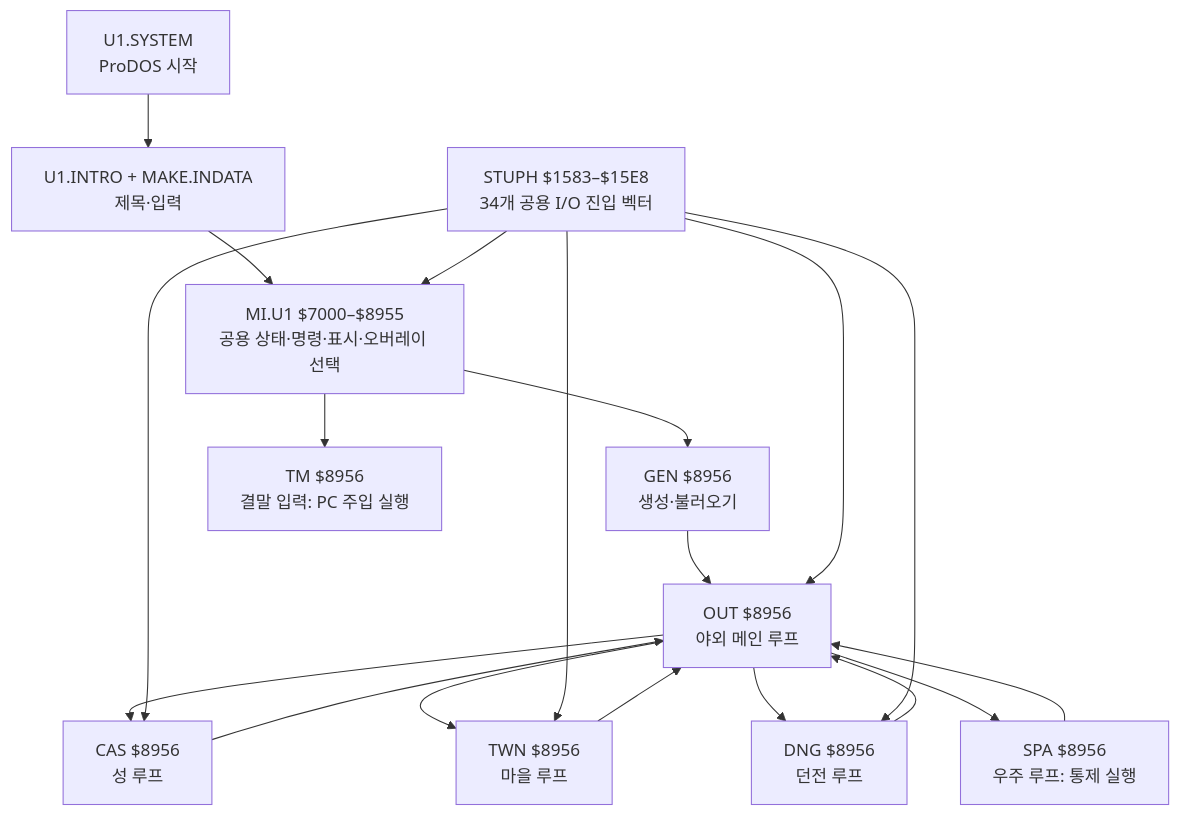
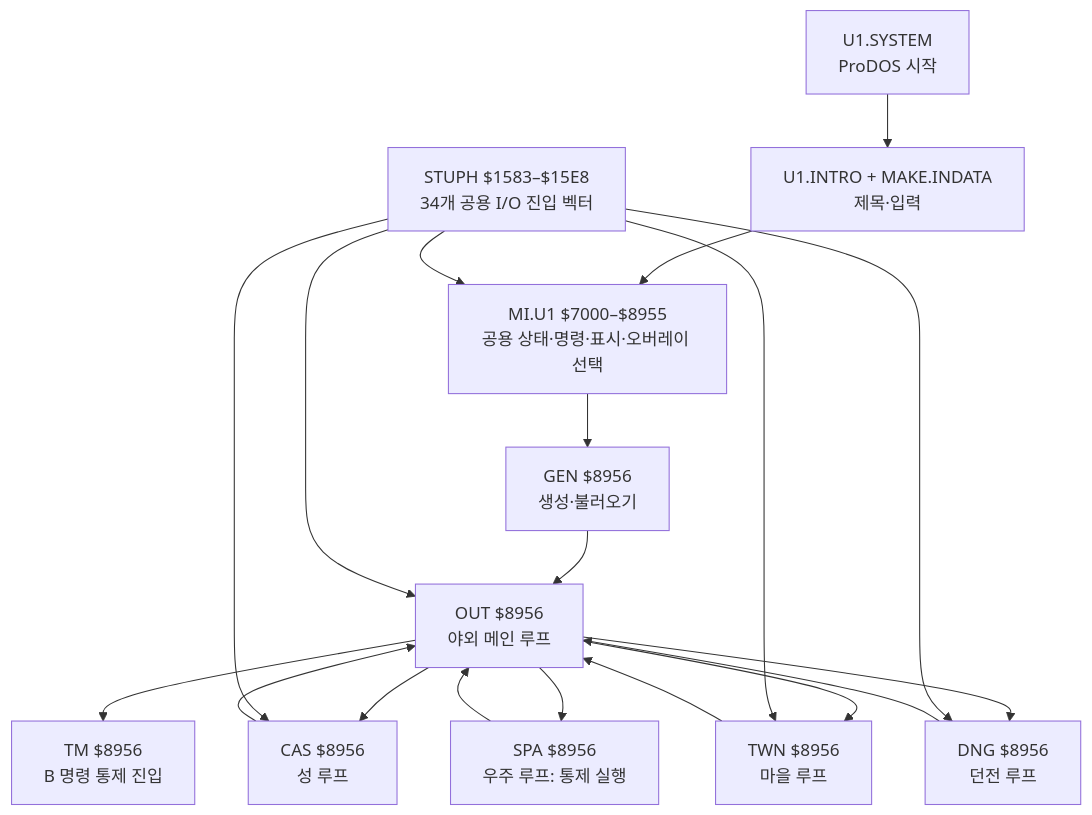
The diagram in docs/execution-architecture.md (hongjuny/Ultima1_reveng), drawn with Mermaid before and after one commit. The commit also changed other lines of this file and 10 other files, not shown here.

````diff
--- a/docs/execution-architecture.md
+++ b/docs/execution-architecture.md
@@ -5,21 +5,21 @@
 ```mermaid
 flowchart TD
     SYS["U1.SYSTEM<br/>ProDOS 시작"] --> INTRO["U1.INTRO + MAKE.INDATA<br/>제목·입력"]
     INTRO --> MI["MI.U1 $7000–$8955<br/>공용 상태·명령·표시·오버레이 선택"]
     MI --> GEN["GEN $8956<br/>생성·불러오기"]
     GEN --> OUT["OUT $8956<br/>야외 메인 루프"]
     OUT --> CAS["CAS $8956<br/>성 루프"]
     OUT --> TWN["TWN $8956<br/>마을 루프"]
     OUT --> DNG["DNG $8956<br/>던전 루프"]
     OUT --> SPA["SPA $8956<br/>우주 루프: 통제 실행"]
-    MI --> TM["TM $8956<br/>결말 입력: PC 주입 실행"]
+    OUT --> TM["TM $8956<br/>B 명령 통제 진입"]
     STUPH["STUPH $1583–$15E8<br/>34개 공용 I/O 진입 벡터"] --> MI
     STUPH --> OUT
     STUPH --> CAS
     STUPH --> TWN
     STUPH --> DNG
     CAS --> OUT
     TWN --> OUT
     DNG --> OUT
     SPA --> OUT
 ```
````
